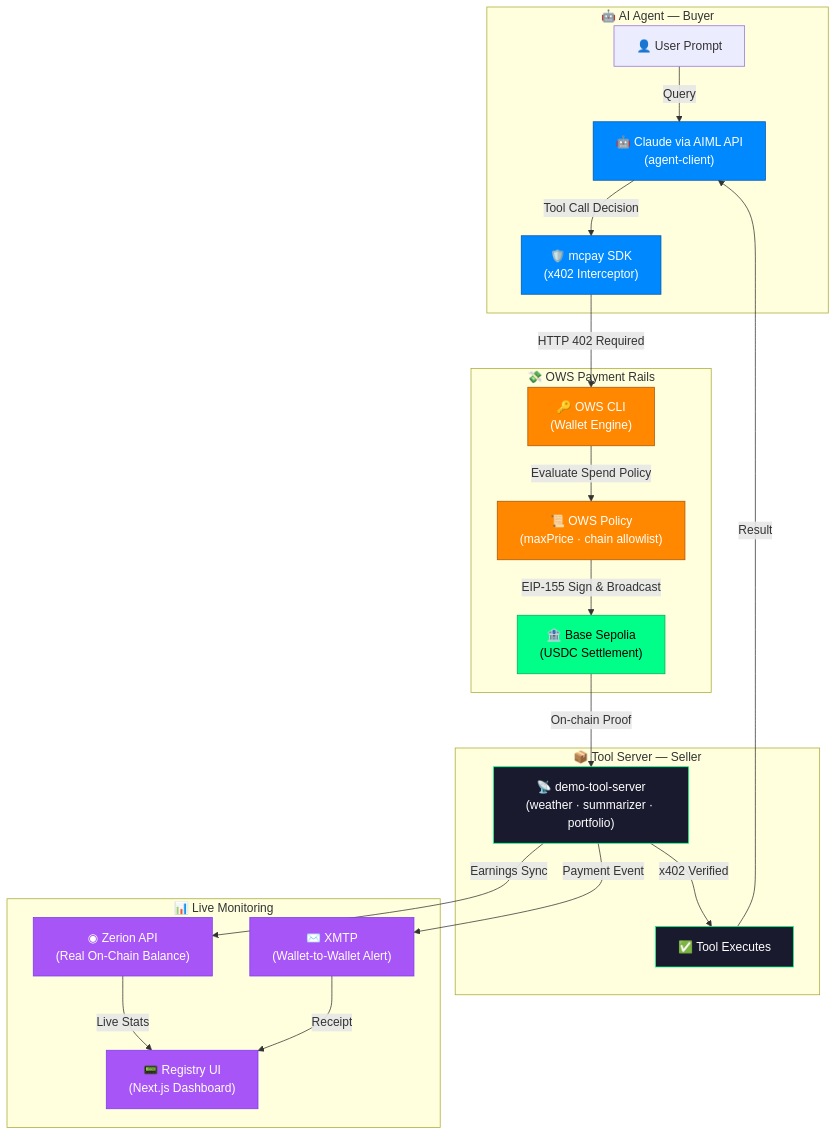
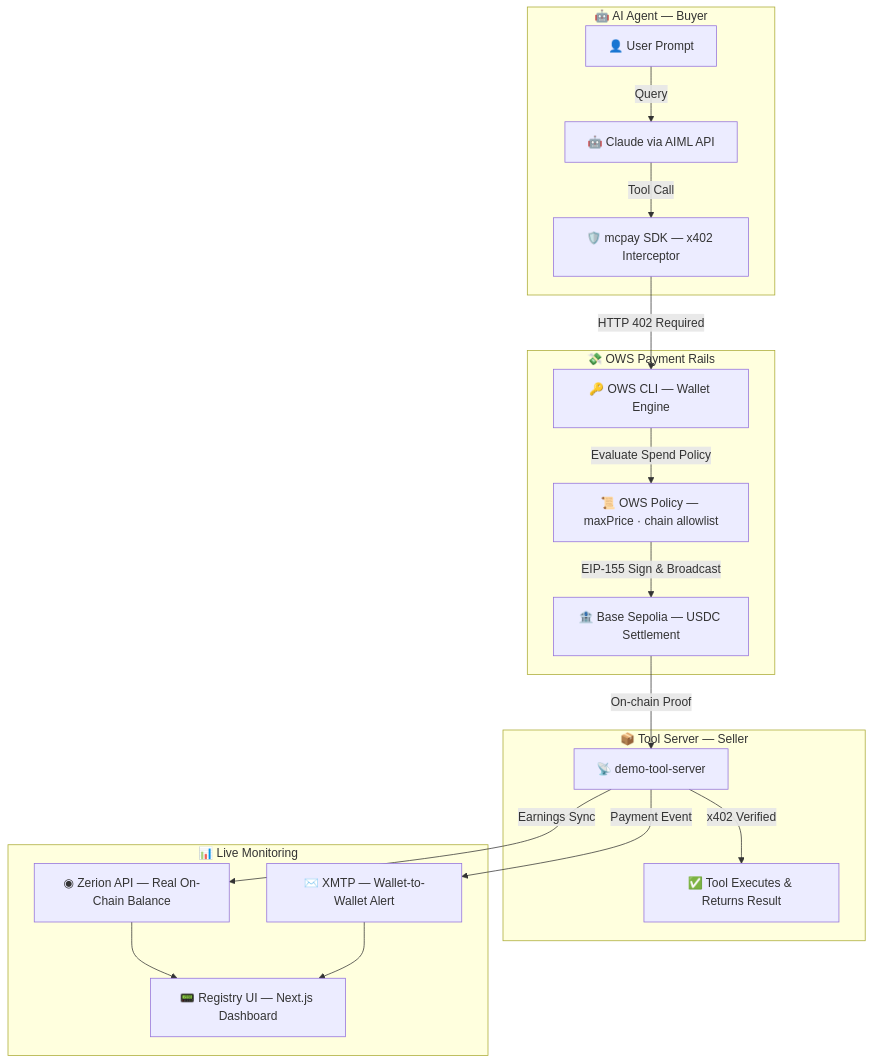
The diagram in README.md (NikhilRaikwar/MCPay), drawn with Mermaid before and after one commit. The commit also changed other lines of this file, not shown here.

````diff
--- a/README.md
+++ b/README.md
@@ -16,38 +24,25 @@
 ```mermaid
 graph TD
     subgraph "🤖 AI Agent — Buyer"
-    A["👤 User Prompt"] -->|Query| B["🤖 Claude via AIML API<br/>(agent-client)"]
-    B -->|Tool Call Decision| C["🛡️ mcpay SDK<br/>(x402 Interceptor)"]
+    A["👤 User Prompt"] -->|Query| B["🤖 Claude via AIML API"]
+    B -->|Tool Call| C["🛡️ mcpay SDK — x402 Interceptor"]
     end
 
     subgraph "💸 OWS Payment Rails"
-    C -->|HTTP 402 Required| D["🔑 OWS CLI<br/>(Wallet Engine)"]
-    D -->|Evaluate Spend Policy| D1["📜 OWS Policy<br/>(maxPrice · chain allowlist)"]
-    D1 -->|EIP-155 Sign & Broadcast| E["🏦 Base Sepolia<br/>(USDC Settlement)"]
+    C -->|HTTP 402 Required| D["🔑 OWS CLI — Wallet Engine"]
+    D -->|Evaluate Spend Policy| D1["📜 OWS Policy — maxPrice · chain allowlist"]
+    D1 -->|EIP-155 Sign & Broadcast| E["🏦 Base Sepolia — USDC Settlement"]
     end
 
     subgraph "📦 Tool Server — Seller"
-    E -->|On-chain Proof| F["📡 demo-tool-server<br/>(weather · summarizer · portfolio)"]
-    F -->|x402 Verified| G["✅ Tool Executes"]
-    G -->|Result| B
+    E -->|On-chain Proof| F["📡 demo-tool-server"]
+    F -->|x402 Verified| G["✅ Tool Executes & Returns Result"]
     end
 
     subgraph "📊 Live Monitoring"
-    F -->|Payment Event| H["✉️ XMTP<br/>(Wallet-to-Wallet Alert)"]
-    F -->|Earnings Sync| I["◉ Zerion API<br/>(Real On-Chain Balance)"]
-    I -->|Live Stats| J["📟 Registry UI<br/>(Next.js Dashboard)"]
-    H -->|Receipt| J
+    F -->|Payment Event| H["✉️ XMTP — Wallet-to-Wallet Alert"]
+    F -->|Earnings Sync| I["◉ Zerion API — Real On-Chain Balance"]
+    I --> J["📟 Registry UI — Next.js Dashboard"]
+    H --> J
     end
-
-    classDef agent fill:#0088ff,stroke:#0055aa,color:#fff;
-    classDef ows fill:#ff8800,stroke:#aa5500,color:#fff;
-    classDef blockchain fill:#00ff88,stroke:#00aa55,color:#000;
-    classDef server fill:#1a1a2e,stroke:#00ff88,color:#fff;
-    classDef monitoring fill:#a855f7,stroke:#7c3aed,color:#fff;
-
-    class B,C agent;
-    class D,D1 ows;
-    class E blockchain;
-    class F,G server;
-    class H,I,J monitoring;
 ```
````
